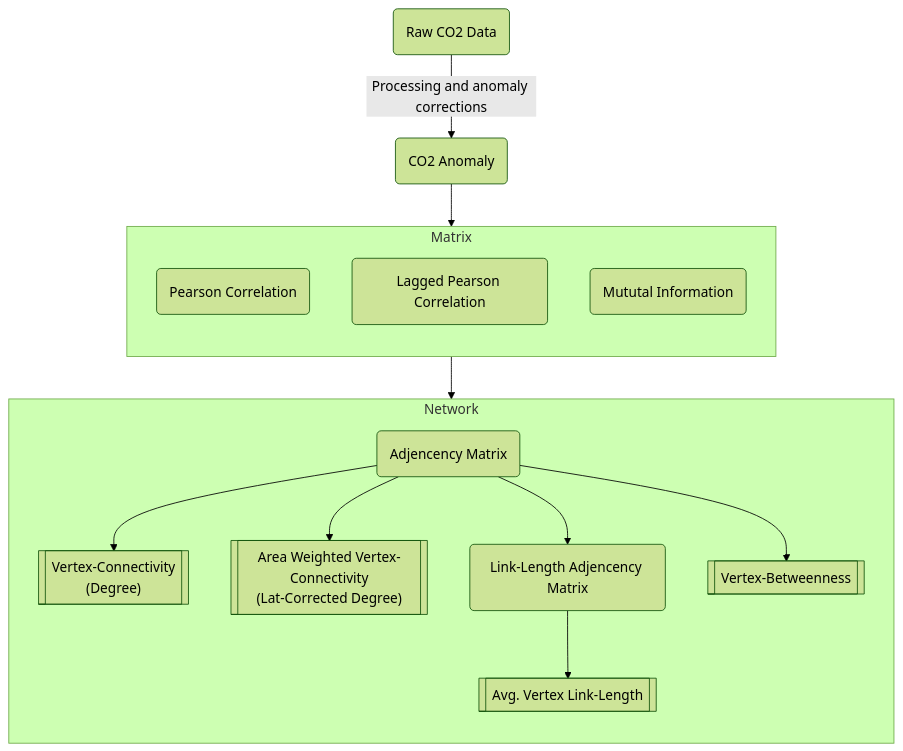
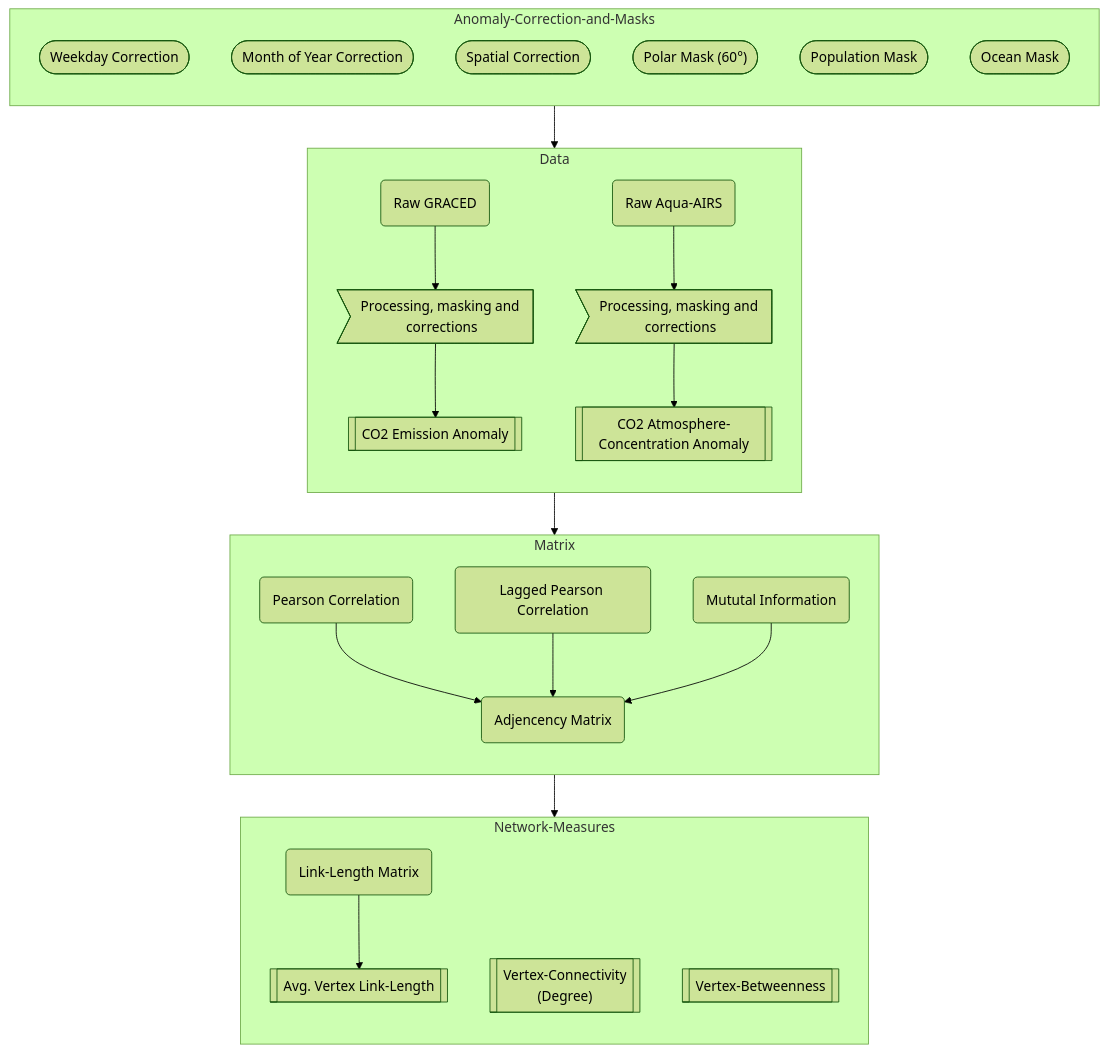
One commit to relativityhd/chaotic-carbon-networks changed the diagram in README.md. Above: the diagram before and after it, drawn with Mermaid (forest theme). The commit also changed other lines of this file and 26 other files, not shown here.

````diff
--- a/README.md
+++ b/README.md
@@ -84,33 +91,53 @@
 ```mermaid
 graph TB;
-    a(Raw CO2 Data);
-    b(CO2 Anomaly);
-    c(Similarity Matrix);
-    d(Adjencency Matrix);
-    e(Link-Length Adjencency Matrix);
-    f[["Vertex-Connectivity\n(Degree)"]];
-    g[["Area Weighted Vertex-Connectivity\n(Lat-Corrected Degree)"]];
-    h[[Avg. Vertex Link-Length]];
-    k[["Vertex-Betweenness"]];
+    Data --> Matrix;
+    Matrix --> Network-Measures;
+    Anomaly-Correction-and-Masks --> Data;
 
-    a -->|Processing and anomaly corrections| b;
-    b --> Matrix;
-    Matrix --> Network;
+    subgraph Data;
+      direction TB;
+      da(Raw GRACED);
+      db[[CO2 Emission Anomaly]];
+      dc(Raw Aqua-AIRS);
+      dd[[CO2 Atmosphere-Concentration Anomaly]];
+      de>Processing, masking and corrections];
+      df>Processing, masking and corrections];
+
+      da --> de;
+      dc --> df;
+      de --> db;
+      df --> dd;
+
+    end;
+
+    subgraph Anomaly-Correction-and-Masks;
+      direction TB;
+      aa([Weekday Correction]);
+      ab([Month of Year Correction]);
+      ac([Spatial Correction]);
+      ad(["Polar Mask (60°)"]);
+      ae([Population Mask]);
+      af([Ocean Mask]);
+    end;
 
     subgraph Matrix;
       direction TB;
-      c(Pearson Correlation);
-      i(Lagged Pearson Correlation);
-      j(Mututal Information)
+      ma(Pearson Correlation);
+      mb(Lagged Pearson Correlation);
+      mc(Mututal Information);
+      md(Adjencency Matrix);
+      ma --> md
+      mb --> md
+      mc --> md
     end;
 
-    subgraph Network;
+    subgraph Network-Measures;
       direction TB;
-      d --> f;
-      d --> g;
-      d --> e;
-      e --> h;
-      d --> k;
+      na(Link-Length Matrix);
+      nb[["Vertex-Connectivity\n(Degree)"]];
+      nc[[Avg. Vertex Link-Length]];
+      nd[["Vertex-Betweenness"]];
+      na --> nc;
     end;
 
 ```
````
